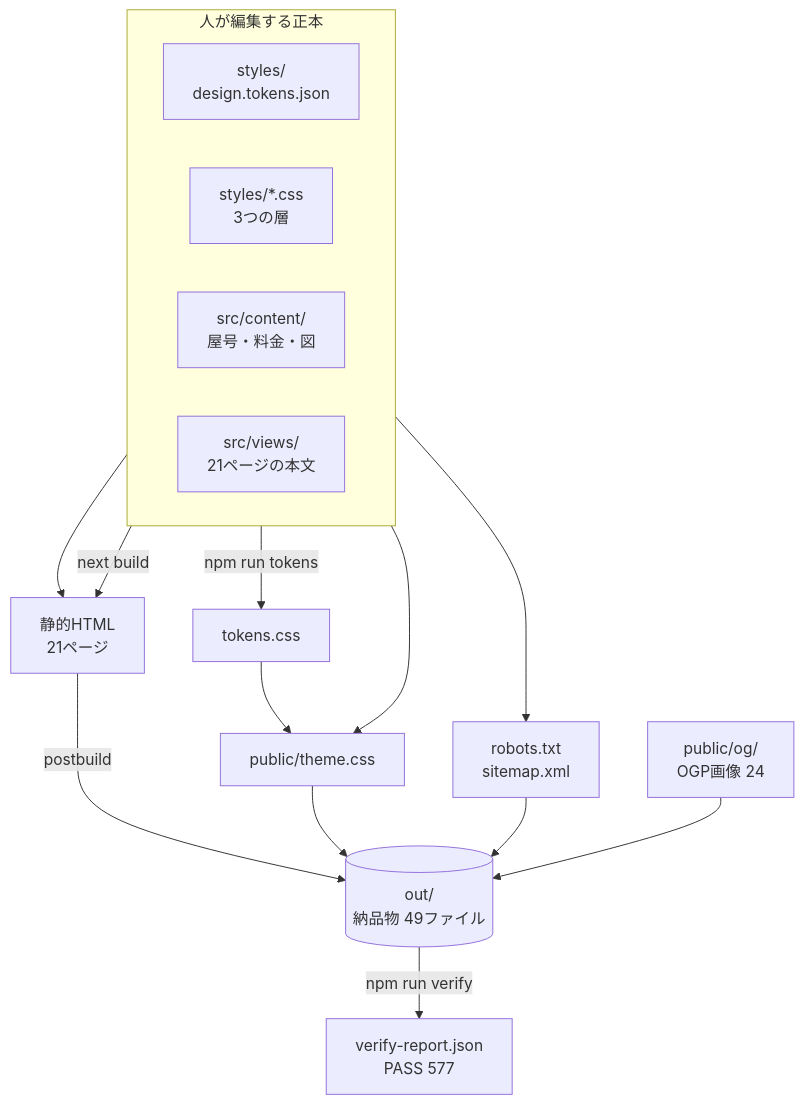
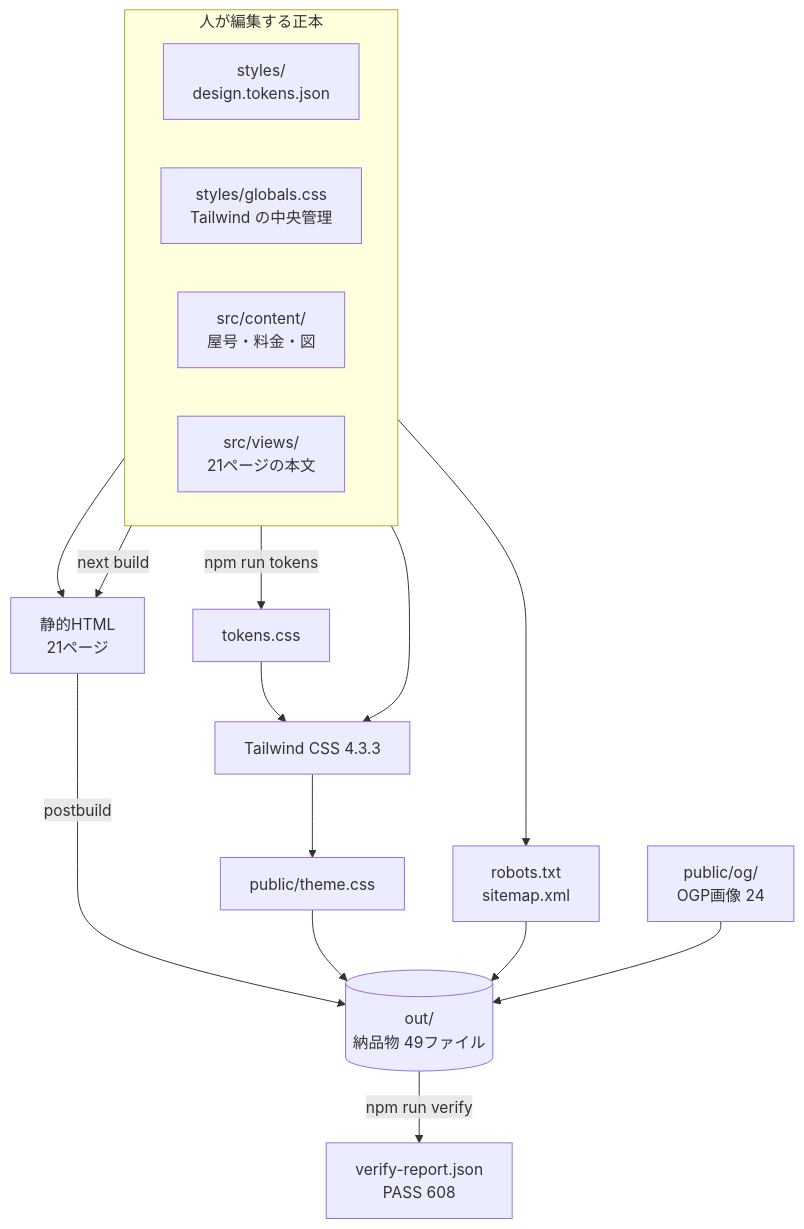
Before and after one commit to bright-broom/tsumugi: the second of 8 diagrams in README.md, drawn with Mermaid. The commit also changed other lines of this file and 40 other files, not shown here.

Commit message:
Centralize styling with Tailwind CSS and shared theme tokens

````diff
--- a/README.md
+++ b/README.md
@@ -63,22 +63,23 @@
 ```mermaid
 flowchart TD
   subgraph edit["人が編集する正本"]
     direction LR
     tokens["styles/<br/>design.tokens.json"]
-    css["styles/*.css<br/>3つの層"]
+    css["styles/globals.css<br/>Tailwind の中央管理"]
     content["src/content/<br/>屋号・料金・図"]
     pages["src/views/<br/>21ページの本文"]
   end
 
   tokens -->|npm run tokens| tokcss["tokens.css"]
-  tokcss --> theme["public/theme.css"]
-  css --> theme
+  tokcss --> compiler["Tailwind CSS 4.3.3"]
+  compiler --> theme["public/theme.css"]
+  css --> compiler
   content --> meta["robots.txt<br/>sitemap.xml"]
   content --> html["静的HTML<br/>21ページ"]
   pages -->|next build| html
   html -->|postbuild| out[("out/<br/>納品物 49ファイル")]
   theme --> out
   meta --> out
   og["public/og/<br/>OGP画像 24"] --> out
-  out -->|npm run verify| report["verify-report.json<br/>PASS 577"]
+  out -->|npm run verify| report["verify-report.json<br/>PASS 608"]
 ```
````
